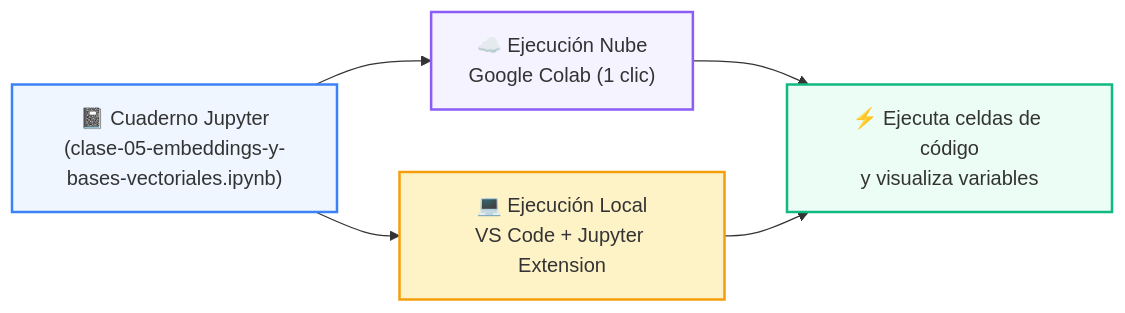
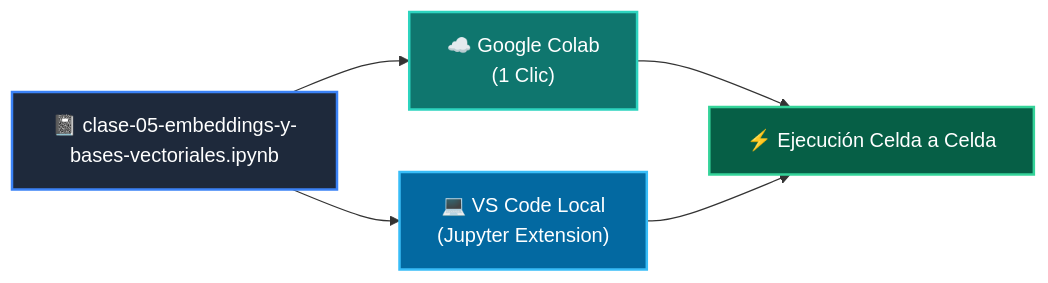
Before and after one commit to wisrovi/wisrovi-python: the diagram in 03-agentes-ia/clase-05-embeddings-y-bases-vectoriales/notebook/README.md, drawn with Mermaid. The commit also changed other lines of this file and 271 other files, not shown here.

Commit message:
docs: rewrite all README.md files with bespoke topic-specific Mermaid diagrams and remove repetitive boilerplate

````diff
--- a/03-agentes-ia/clase-05-embeddings-y-bases-vectoriales/notebook/README.md
+++ b/03-agentes-ia/clase-05-embeddings-y-bases-vectoriales/notebook/README.md
@@ -14,12 +12,12 @@
 ```mermaid
 flowchart LR
-    NB["📓 Cuaderno Jupyter<br/>(clase-05-embeddings-y-bases-vectoriales.ipynb)"] --> COLAB["☁️ Ejecución Nube<br/>Google Colab (1 clic)"]
-    NB --> LOCAL["💻 Ejecución Local<br/>VS Code + Jupyter Extension"]
-    COLAB --> RUN["⚡ Ejecuta celdas de código<br/>y visualiza variables"]
+    NB["📓 clase-05-embeddings-y-bases-vectoriales.ipynb"] --> COLAB["☁️ Google Colab<br/>(1 Clic)"]
+    NB --> LOCAL["💻 VS Code Local<br/>(Jupyter Extension)"]
+    COLAB --> RUN["⚡ Ejecución Celda a Celda"]
     LOCAL --> RUN
 
-    style NB fill:#eff6ff,stroke:#3b82f6,stroke-width:2px
-    style COLAB fill:#f5f3ff,stroke:#8b5cf6,stroke-width:2px
-    style LOCAL fill:#fef3c7,stroke:#f59e0b,stroke-width:2px
-    style RUN fill:#ecfdf5,stroke:#10b981,stroke-width:2px
+    style NB fill:#1e293b,color:#fff,stroke:#3b82f6,stroke-width:2px
+    style COLAB fill:#0f766e,color:#fff,stroke:#2dd4bf,stroke-width:2px
+    style LOCAL fill:#0369a1,color:#fff,stroke:#38bdf8,stroke-width:2px
+    style RUN fill:#065f46,color:#fff,stroke:#34d399,stroke-width:2px
 ```
````
